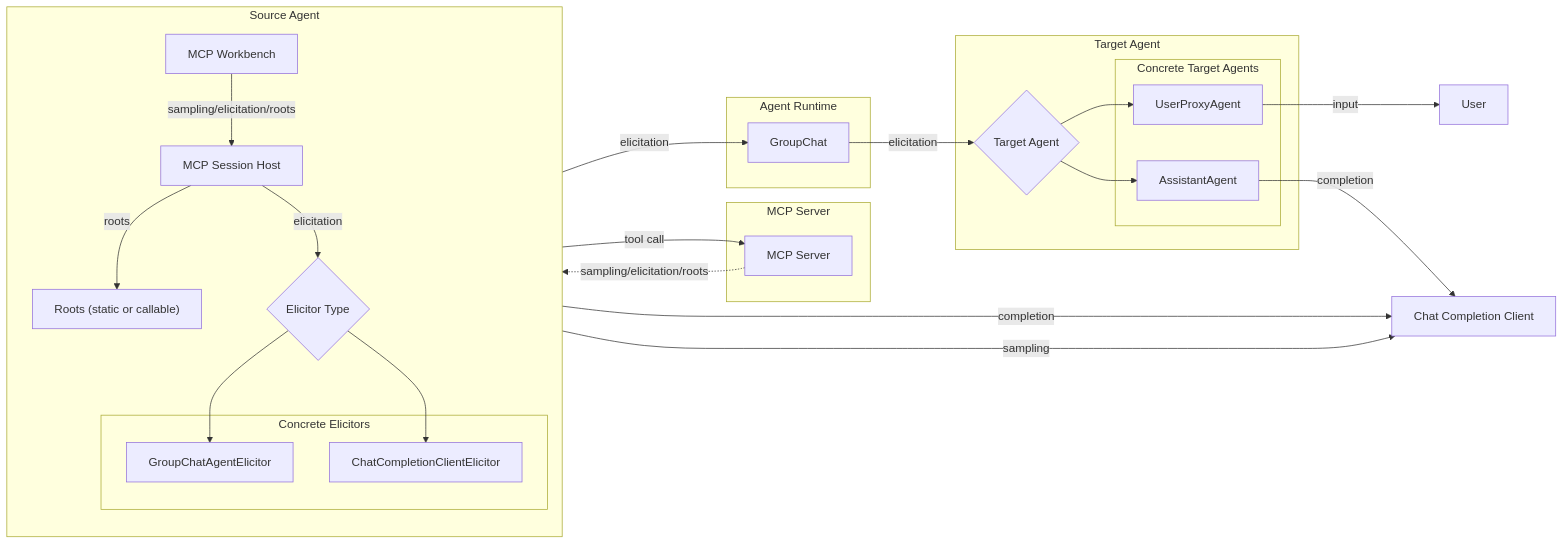
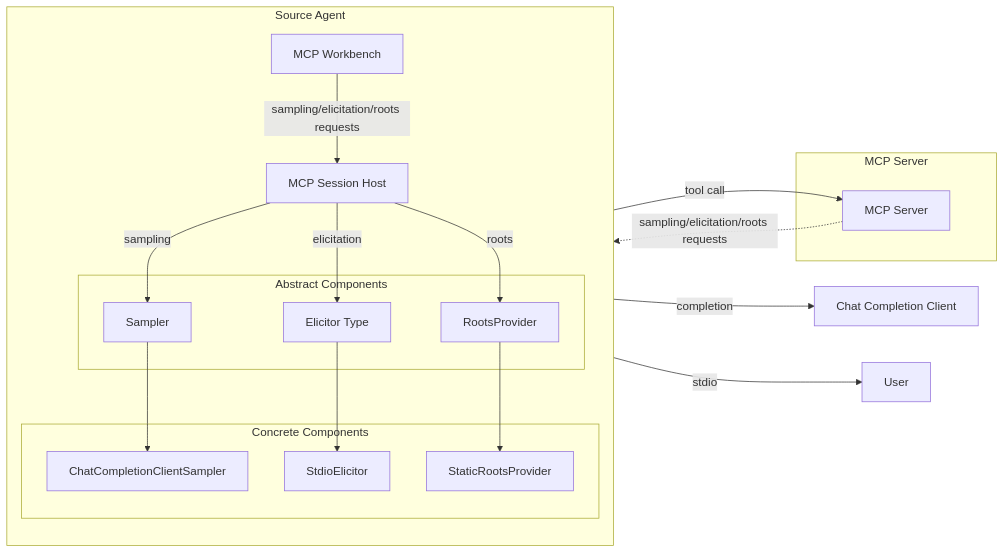
Before and after one commit to microsoft/autogen: the first of 5 diagrams in python/packages/autogen-ext/src/autogen_ext/tools/mcp/_host/README.md, drawn with Mermaid. The commit also changed other lines of this file, not shown here.

````diff
--- a/python/packages/autogen-ext/src/autogen_ext/tools/mcp/_host/README.md
+++ b/python/packages/autogen-ext/src/autogen_ext/tools/mcp/_host/README.md
@@ -13,72 +13,52 @@
 ```mermaid
 flowchart LR
   %% Source Agent layer
   subgraph Source_Agent ["Source Agent"]
     direction TB
     WB[MCP Workbench]
     HS[MCP Session Host]
-    R["Roots (static or callable)"]
     
-    %% Abstract Elicitor
-    E{Elicitor Type}
+    %% Abstract components
+    subgraph Abstract_Components ["Abstract Components"]
+        R[RootsProvider]
+        S[Sampler]
+        E[Elicitor Type]
+    end
 
-    %% Concrete Elicitors
-    subgraph Elicitor_Subclasses ["Concrete Elicitors"]
-        GCAE[GroupChatAgentElicitor]
-        CCCE[ChatCompletionClientElicitor]
+    %% Concrete components
+    subgraph Component_Subclasses ["Concrete Components"]
+        CCCS[ChatCompletionClientSampler]
+        SE[StdioElicitor]
+        SRP[StaticRootsProvider]
     end
   end
 
 
   %% Server layer: tool execution
   subgraph MCP_Server ["MCP Server"]
     MS[MCP Server]
   end
 
-  %% Agent runtime layer (distributed)
-  subgraph Agent_Runtime ["Agent Runtime"]
-    GC[GroupChat]
-  end
-
-  %% Target Agent layer (can be distributed)
-  subgraph Target_Agent ["Target Agent"]
-    TA{Target Agent}
-    %% Concrete Target Agents
-    subgraph Target_Agent_Subclasses ["Concrete Target Agents"]
-        UPA[UserProxyAgent]
-        AA[AssistantAgent]
-    end
-  end
-
   %% Chat Completion Client
   CCC[Chat Completion Client]
 
   %% Flows
   WB -->|tool call| MS
-  MS -.->|sampling/elicitation/roots| WB
+  MS -.->|sampling/elicitation/roots requests| WB
 
-  WB -->|sampling/elicitation/roots| HS
+  WB -->|sampling/elicitation/roots requests| HS
 
+  %% Sampling via Sampler
+  HS -->|sampling| S
+  S --> CCCS
+  CCCS -->|completion| CCC
+
+  %% Elicitation via Elicitor
+  HS -->|elicitation| E
+  E --> SE
+  SE -->|stdio| U["User"]
+
+  %% Roots via RootsProvider
   HS -->|roots| R
-
-  %% Elicitation via abstract Elicitor
-  HS -->|elicitation| E
-  E --> GCAE
-  E --> CCCE
-
-  %% GroupChat branch
-  GCAE -->|elicitation| GC
-  GC  -->|elicitation| TA
-  TA  --> UPA
-  TA  --> AA
-
-  UPA -->|input| U["User"]
-  AA -->|completion| CCC
-
-
-  %% CCC branch
-  CCCE -->|completion| CCC
-
-  %% Sampling stays direct to CCC
-  HS -->|sampling| CCC
+  R --> SRP
 ```
````
